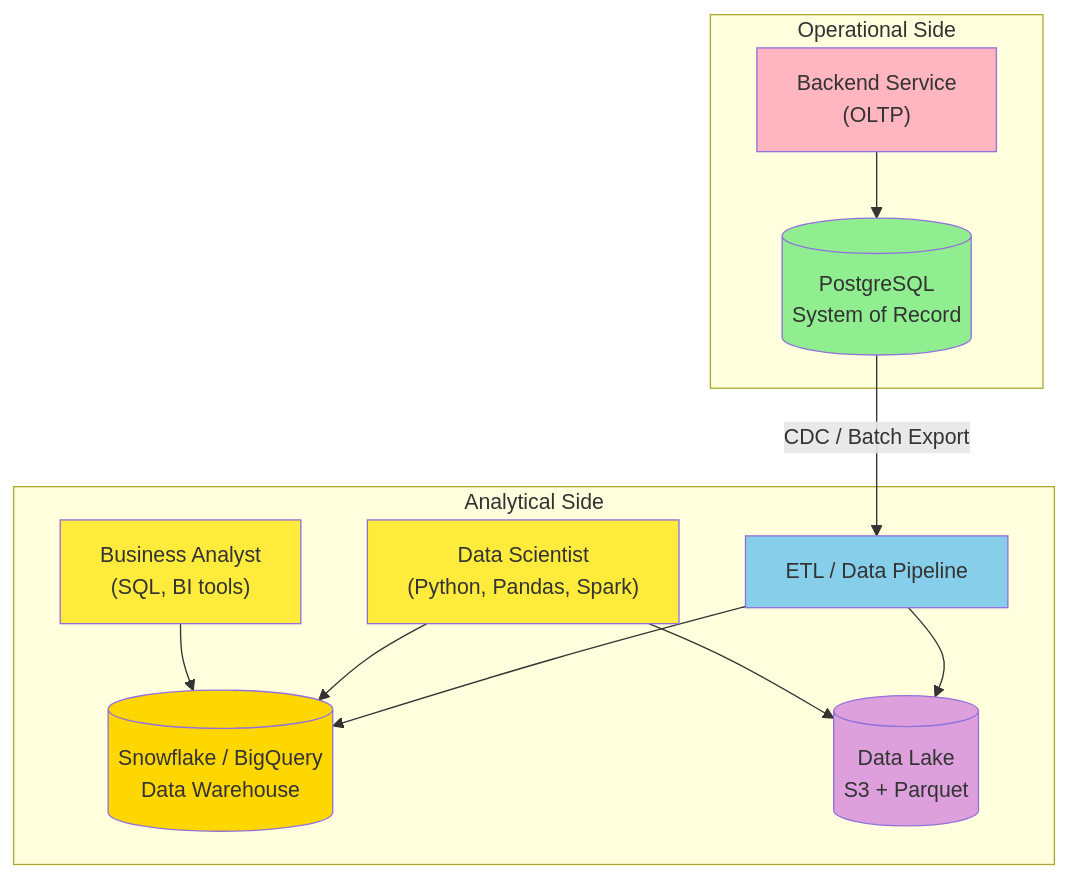
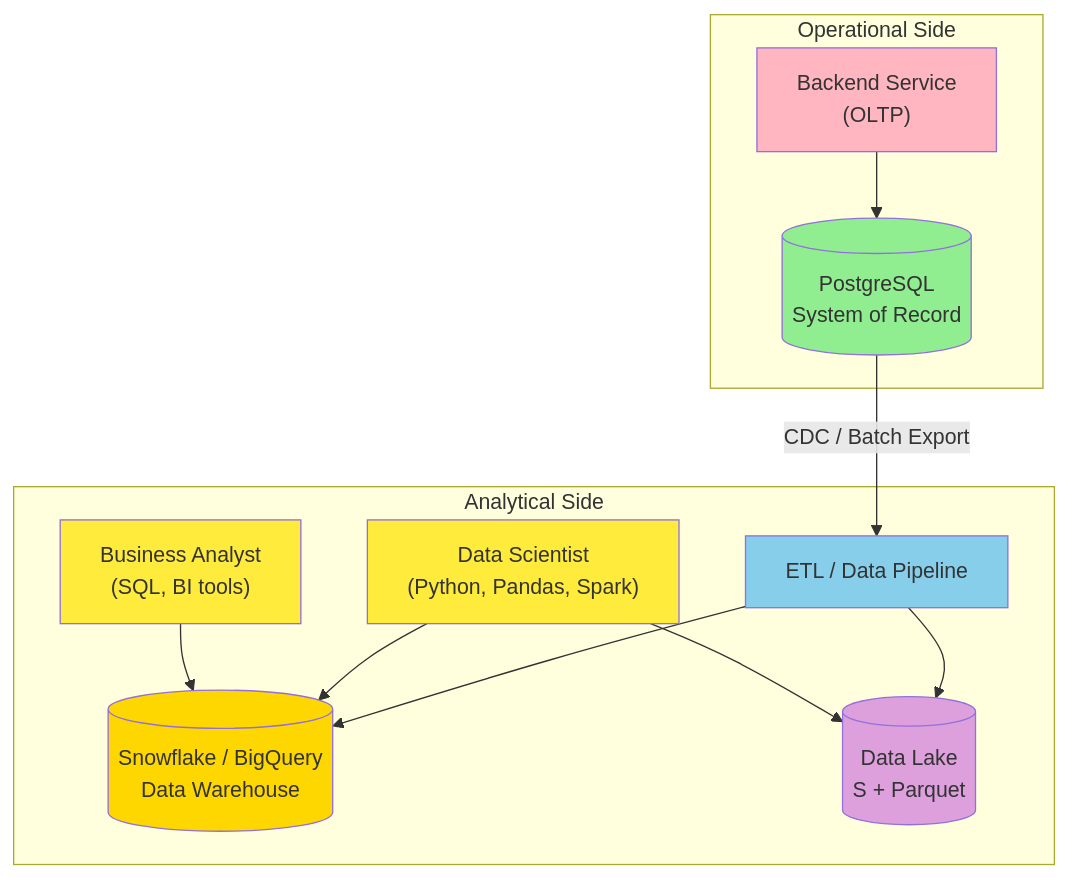
One commit to shpsi/Designing-Data-Intensive-Applications changed the second of 12 diagrams in chapter-01-tradeoffs-data-systems.md. Above: the diagram before and after it, drawn with Mermaid. The commit also changed other lines of this file and 15 other files, not shown here.

````diff
--- a/chapter-01-tradeoffs-data-systems.md
+++ b/chapter-01-tradeoffs-data-systems.md
@@ -145,31 +153,31 @@
 ```mermaid
 graph TB
     subgraph "Operational Side"
         BE["Backend Service<br/>(OLTP)"]
         DB1[("PostgreSQL<br/>System of Record")]
         BE --> DB1
     end
 
     subgraph "Analytical Side"
         ETL["ETL / Data Pipeline"]
         DW[("Snowflake / BigQuery<br/>Data Warehouse")]
-        DL[("Data Lake<br/>S3 + Parquet")]
+        DL[("Data Lake<br/>S + Parquet")]
         BA["Business Analyst<br/>(SQL, BI tools)"]
         DS["Data Scientist<br/>(Python, Pandas, Spark)"]
         BA --> DW
         DS --> DW
         DS --> DL
     end
 
     DB1 -->|"CDC / Batch Export"| ETL
     ETL --> DW
     ETL --> DL
 
     style BE fill:#FFB6C1
     style DB1 fill:#90EE90
     style ETL fill:#87CEEB
     style DW fill:#FFD700
     style DL fill:#DDA0DD
     style BA fill:#ffeb3b
     style DS fill:#ffeb3b
 ```
````
